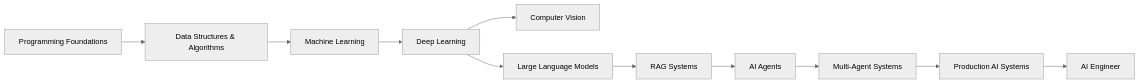
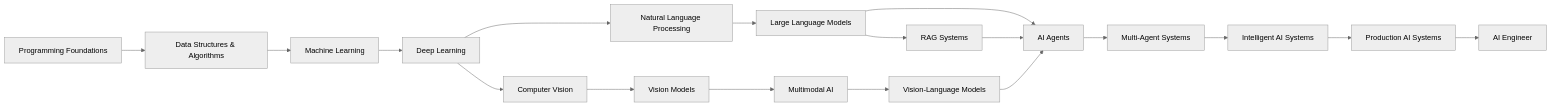
The fourth of 4 diagrams in README.md (HoaiPhuoc-03/HoaiPhuoc-03), drawn with Mermaid (neutral theme) before and after one commit. The commit also changed other lines of this file, not shown here.

````diff
--- a/README.md
+++ b/README.md
@@ -563,23 +737,36 @@
 ```mermaid
 flowchart LR
 
-A[Programming Foundations] --> B[Data Structures & Algorithms]
+A[Programming Foundations]
+
+A --> B[Data Structures & Algorithms]
 
 B --> C[Machine Learning]
 
 C --> D[Deep Learning]
 
-D --> E[Computer Vision]
+D --> E[Natural Language Processing]
+D --> F[Computer Vision]
 
-D --> F[Large Language Models]
+E --> G[Large Language Models]
 
-F --> G[RAG Systems]
+F --> H[Vision Models]
 
-G --> H[AI Agents]
+G --> I[RAG Systems]
+G --> J[AI Agents]
 
-H --> I[Multi-Agent Systems]
+H --> K[Multimodal AI]
 
-I --> J[Production AI Systems]
+K --> L[Vision-Language Models]
 
-J --> K[AI Engineer]
+I --> J
+L --> J
+
+J --> M[Multi-Agent Systems]
+
+M --> N[Intelligent AI Systems]
+
+N --> O[Production AI Systems]
+
+O --> P[AI Engineer]
 ```
````
